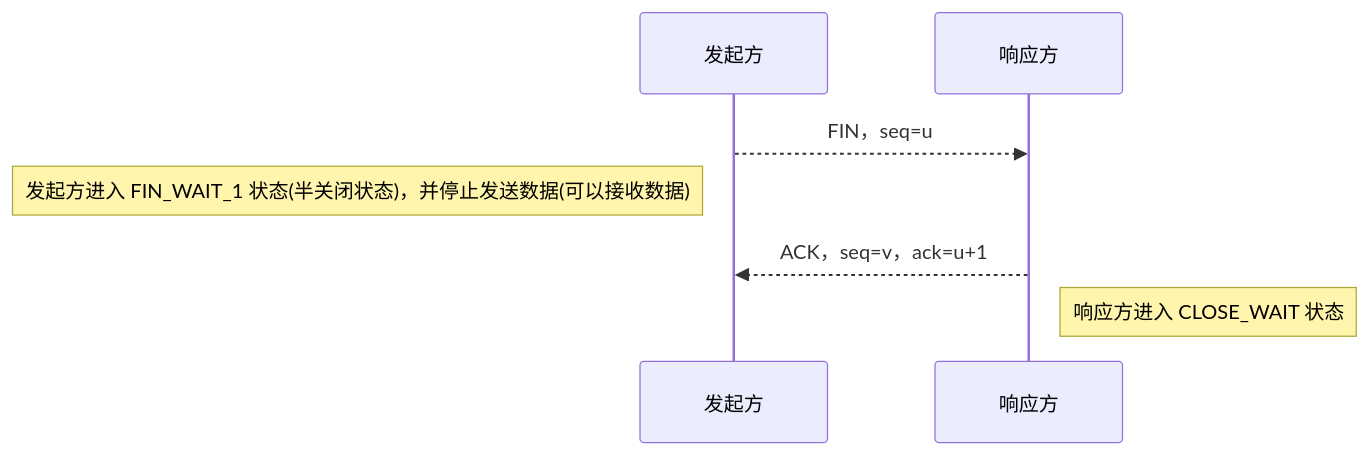
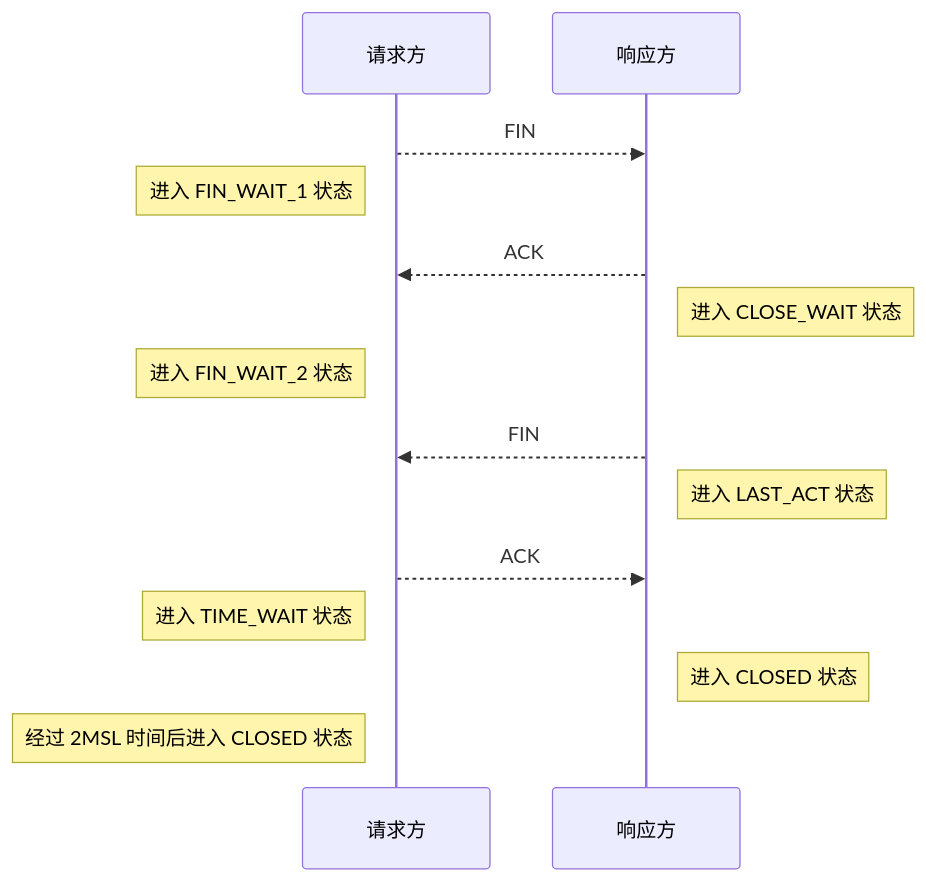
The second of 2 diagrams in docs/network/transport/TCP.md (ZzzzNeko/note), drawn with Mermaid before and after one commit. The commit also changed other lines of this file and 8 other files, not shown here.

````diff
--- a/docs/network/transport/TCP.md
+++ b/docs/network/transport/TCP.md
@@ -23,9 +52,16 @@
 ```mermaid
 sequenceDiagram
-  participant A as 发起方
+  participant A as 请求方
   participant B as 响应方
-  A -->> B: FIN，seq=u
-  Note left of A: 发起方进入 FIN_WAIT_1 状态(半关闭状态)，并停止发送数据(可以接收数据)
-  B -->> A: ACK，seq=v，ack=u+1
-  Note right of B: 响应方进入 CLOSE_WAIT 状态
+  A -->> B: FIN
+  Note left of A: 进入 FIN_WAIT_1 状态
+  B -->> A: ACK
+  Note right of B: 进入 CLOSE_WAIT 状态
+  Note left of A: 进入 FIN_WAIT_2 状态
+  B -->> A: FIN
+  Note right of B: 进入 LAST_ACT 状态
+  A -->> B: ACK
+  Note left of A: 进入 TIME_WAIT 状态
+  Note right of B: 进入 CLOSED 状态
+  Note left of A: 经过 2MSL 时间后进入 CLOSED 状态
 ```
````
